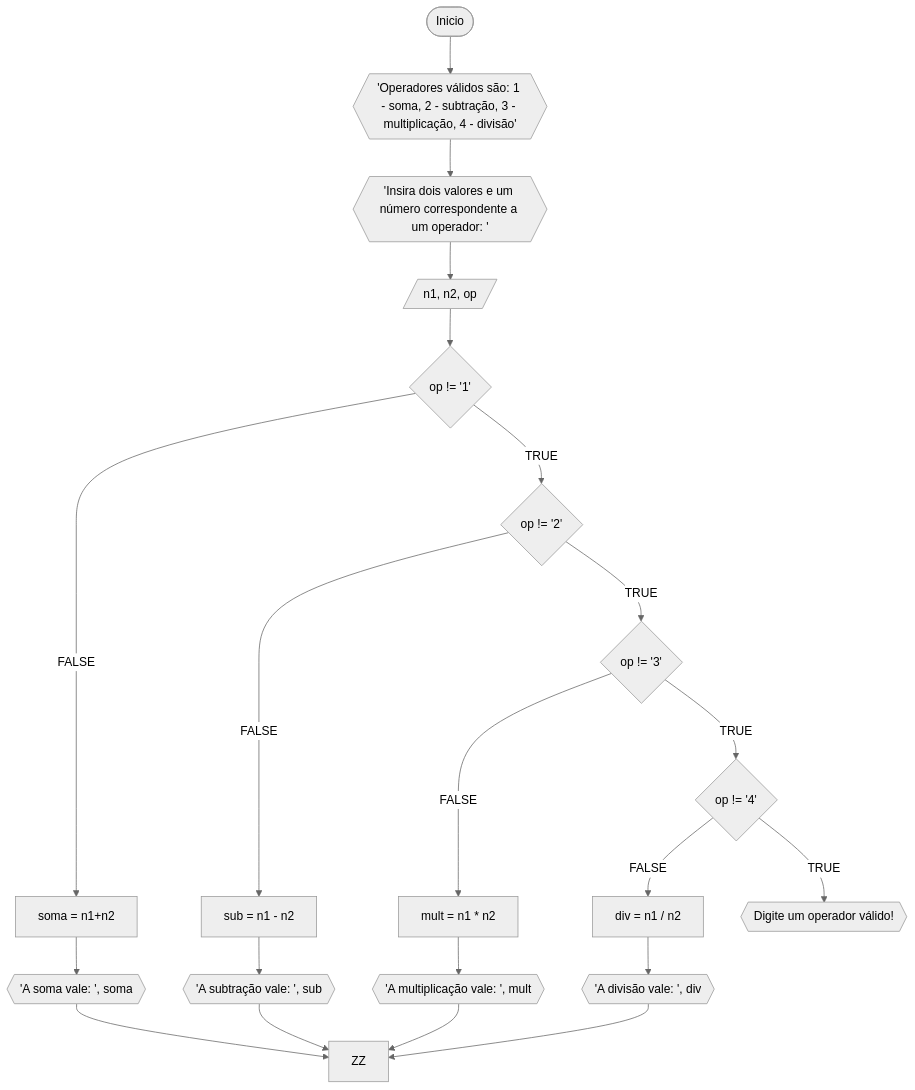
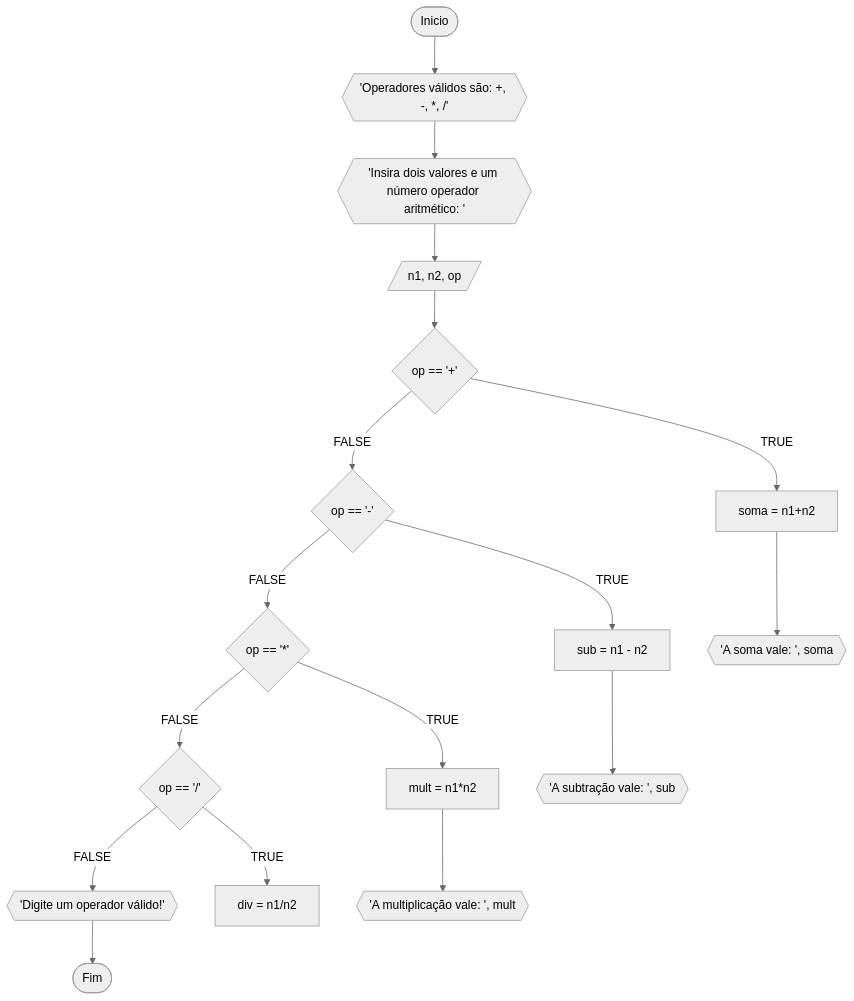
One commit to stuffxdd/Unifor changed the fourth of 5 diagrams in RLA/unidade 1/lista2.md. Above: the diagram before and after it, drawn with Mermaid (neutral theme). The commit also changed other lines of this file, not shown here.

````diff
--- a/RLA/unidade 1/lista2.md
+++ b/RLA/unidade 1/lista2.md
@@ -131,24 +131,22 @@
 ```mermaid
 flowchart TD
 
-A([Inicio]) --> B{{'Operadores válidos são: 1 - soma, 2 - subtração, 3 - multiplicação, 4 - divisão'}}
-B --> BB{{'Insira dois valores e um número correspondente a um operador: '}}
+
+A([Inicio]) --> B{{'Operadores válidos são: +, -, *, /'}}
+B --> BB{{'Insira dois valores e um número operador aritmético: '}}
 BB--> C[/n1, n2, op/]
 
-C --> D{op != '1'}
-D -- FALSE--> E[soma = n1+n2]
-E --> F{{'A soma vale: ', soma}} --> ZZ
-
-D --TRUE--> G{op != '2'}
-G --FALSE--> H[sub = n1 - n2]
-H --> I{{'A subtração vale: ', sub}} --> ZZ
-
-G --TRUE--> J{op != '3'}
-J --FALSE--> K[mult = n1 * n2]
-K --> L{{'A multiplicação vale: ', mult}} --> ZZ
-
-J --TRUE--> M{op != '4'}
-M --FALSE--> N[div = n1 / n2]
-N --> O{{'A divisão vale: ', div}} --> ZZ
-M --TRUE--> P{{Digite um operador válido!}}
+C --> D{op == '+'}
+D --FALSE-->E{op == '-'}
+E --FALSE--> F{op == '*'}
+F --FALSE--> G{op == '/'}
+G --FALSE--> H{{'Digite um operador válido!'}} --> Z
+D --TRUE--> I[soma = n1+n2]
+I --> J{{'A soma vale: ', soma}}
+E --TRUE--> K[sub = n1 - n2]
+K --> L{{'A subtração vale: ', sub}}
+F --TRUE--> M[mult = n1*n2]
+M --> N{{'A multiplicação vale: ', mult}}
+G --TRUE--> O[div = n1/n2]
+Z([Fim])
 ```
````
